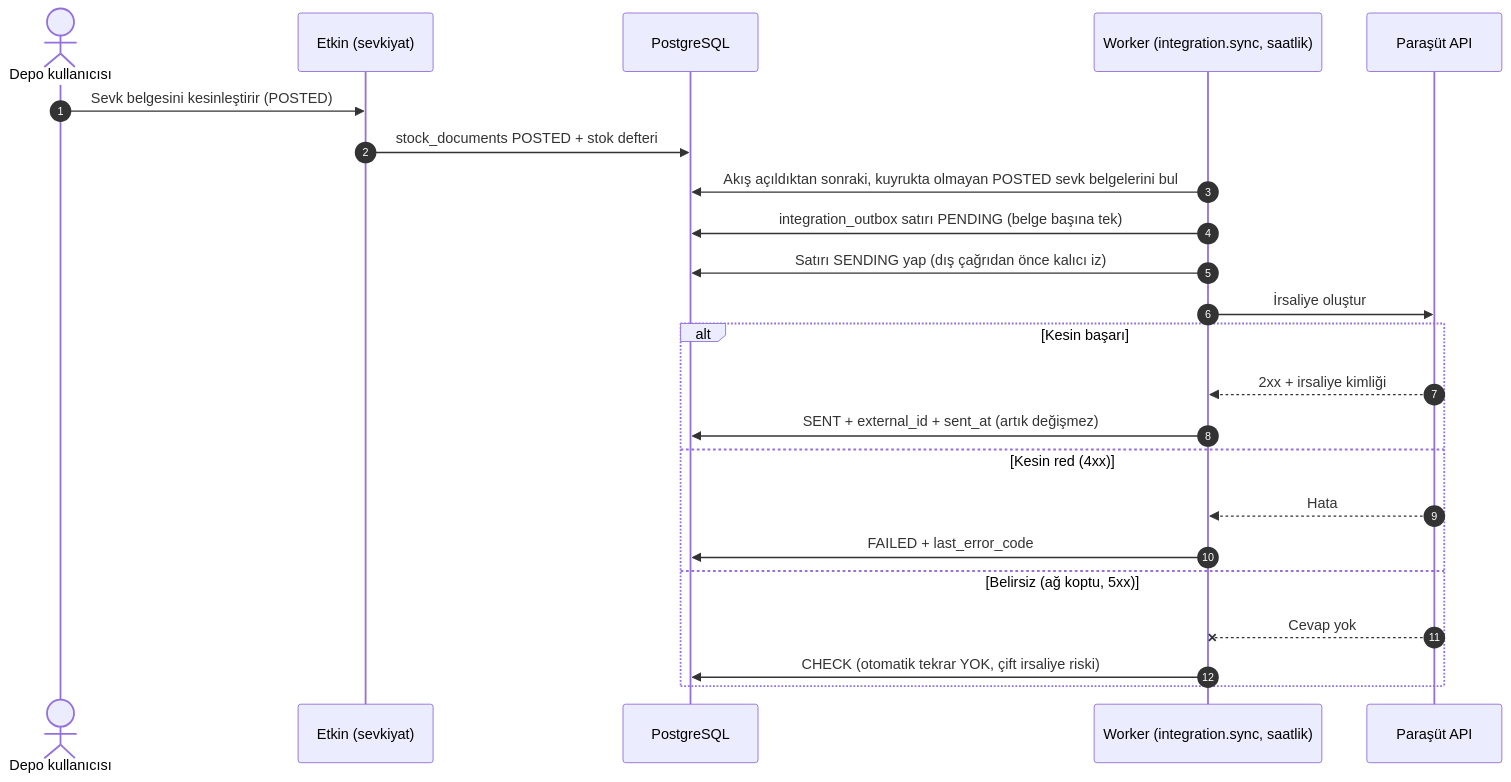
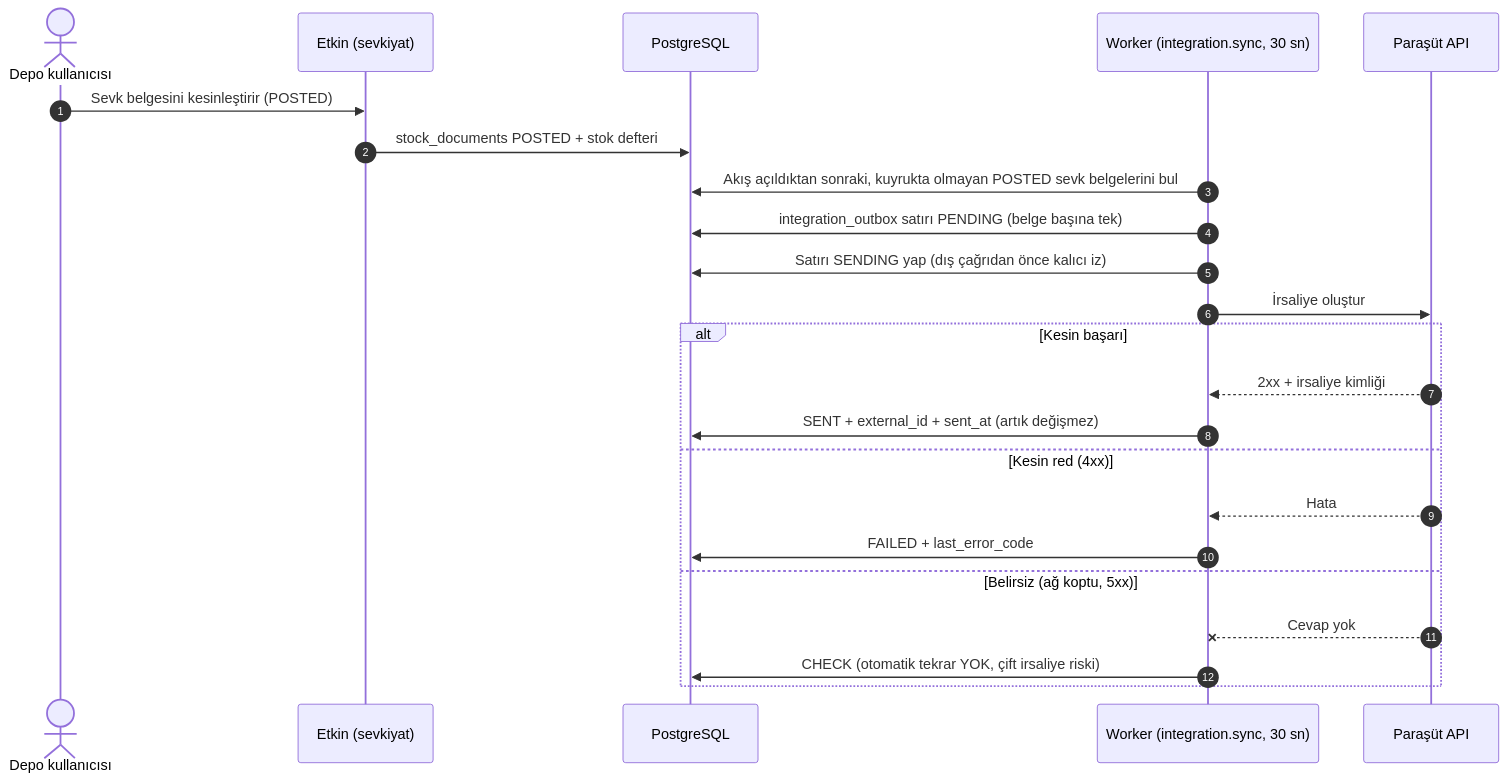
Before and after one commit to shosgoren/EtkinWMS: the eighth of 13 diagrams in docs/fonksiyonel-mimari/02d-yonetim-paneli-site-entegrasyon.md, drawn with Mermaid. The commit also changed other lines of this file and 10 other files, not shown here.

````diff
--- a/docs/fonksiyonel-mimari/02d-yonetim-paneli-site-entegrasyon.md
+++ b/docs/fonksiyonel-mimari/02d-yonetim-paneli-site-entegrasyon.md
@@ -393,25 +479,25 @@
 ```mermaid
 sequenceDiagram
     autonumber
     actor U as Depo kullanıcısı
     participant WMS as Etkin (sevkiyat)
     participant DB as PostgreSQL
-    participant K as Worker (integration.sync, saatlik)
+    participant K as Worker (integration.sync, 30 sn)
     participant P as Paraşüt API
     U->>WMS: Sevk belgesini kesinleştirir (POSTED)
     WMS->>DB: stock_documents POSTED + stok defteri
     K->>DB: Akış açıldıktan sonraki, kuyrukta olmayan POSTED sevk belgelerini bul
     K->>DB: integration_outbox satırı PENDING (belge başına tek)
     K->>DB: Satırı SENDING yap (dış çağrıdan önce kalıcı iz)
     K->>P: İrsaliye oluştur
     alt Kesin başarı
         P-->>K: 2xx + irsaliye kimliği
         K->>DB: SENT + external_id + sent_at (artık değişmez)
     else Kesin red (4xx)
         P-->>K: Hata
         K->>DB: FAILED + last_error_code
     else Belirsiz (ağ koptu, 5xx)
         P--xK: Cevap yok
         K->>DB: CHECK (otomatik tekrar YOK, çift irsaliye riski)
     end
 ```
````
